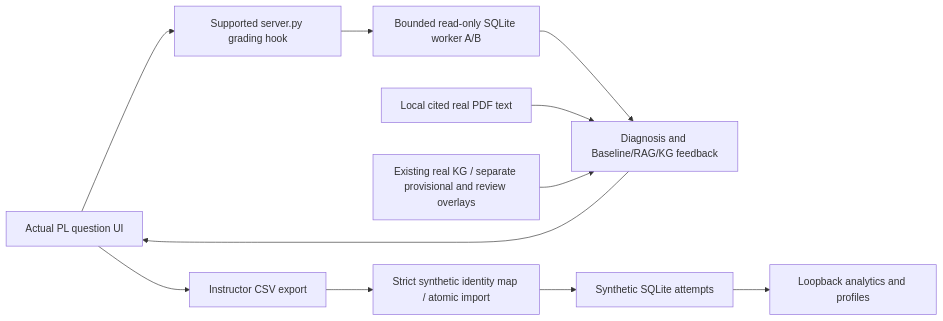
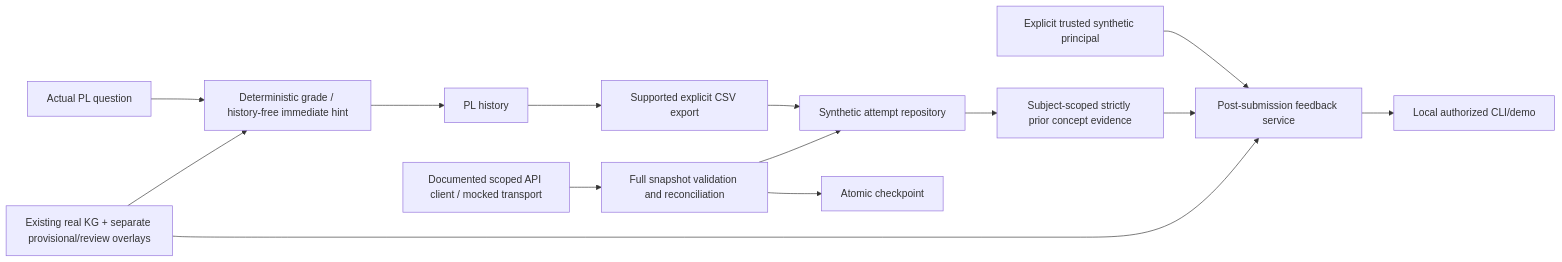
The diagram in docs/handoff/EXTERNAL_REVIEW_PACKET.md (IanJ332/insructkg_sandbox), drawn with Mermaid before and after one commit. The commit also changed other lines of this file and 30 other files, not shown here.

Commit message:
docs: distinguish synthetic personalization and record cross-validation evidence

````diff
--- a/docs/handoff/EXTERNAL_REVIEW_PACKET.md
+++ b/docs/handoff/EXTERNAL_REVIEW_PACKET.md
@@ -17,13 +19,16 @@
 ```mermaid
 flowchart LR
-  PL[Actual PL question UI] --> Hook[Supported server.py grading hook]
-  Hook --> Grade[Bounded read-only SQLite worker A/B]
-  Grade --> Feedback[Diagnosis and Baseline/RAG/KG feedback]
-  PDF[Local cited real PDF text] --> Feedback
-  KG[Existing real KG / separate provisional and review overlays] --> Feedback
-  Feedback --> PL
-  PL --> CSV[Instructor CSV export]
-  CSV --> Import[Strict synthetic identity map / atomic import]
-  Import --> DB[Synthetic SQLite attempts]
-  DB --> UI[Loopback analytics and profiles]
+  PL[Actual PL question] --> Hook[Deterministic grade / history-free immediate hint]
+  Hook --> PLDB[PL history]
+  PLDB --> CSV[Supported explicit CSV export]
+  CSV --> Repo[Synthetic attempt repository]
+  API[Documented scoped API client / mocked transport] --> Sync[Full snapshot validation and reconciliation]
+  Sync --> Repo
+  Sync --> CP[Atomic checkpoint]
+  Repo --> Prior[Subject-scoped strictly prior concept evidence]
+  Principal[Explicit trusted synthetic principal] --> Feedback[Post-submission feedback service]
+  Prior --> Feedback
+  Feedback --> CLI[Local authorized CLI/demo]
+  Original[Existing real KG + separate provisional/review overlays] --> Hook
+  Original --> Feedback
 ```
````
